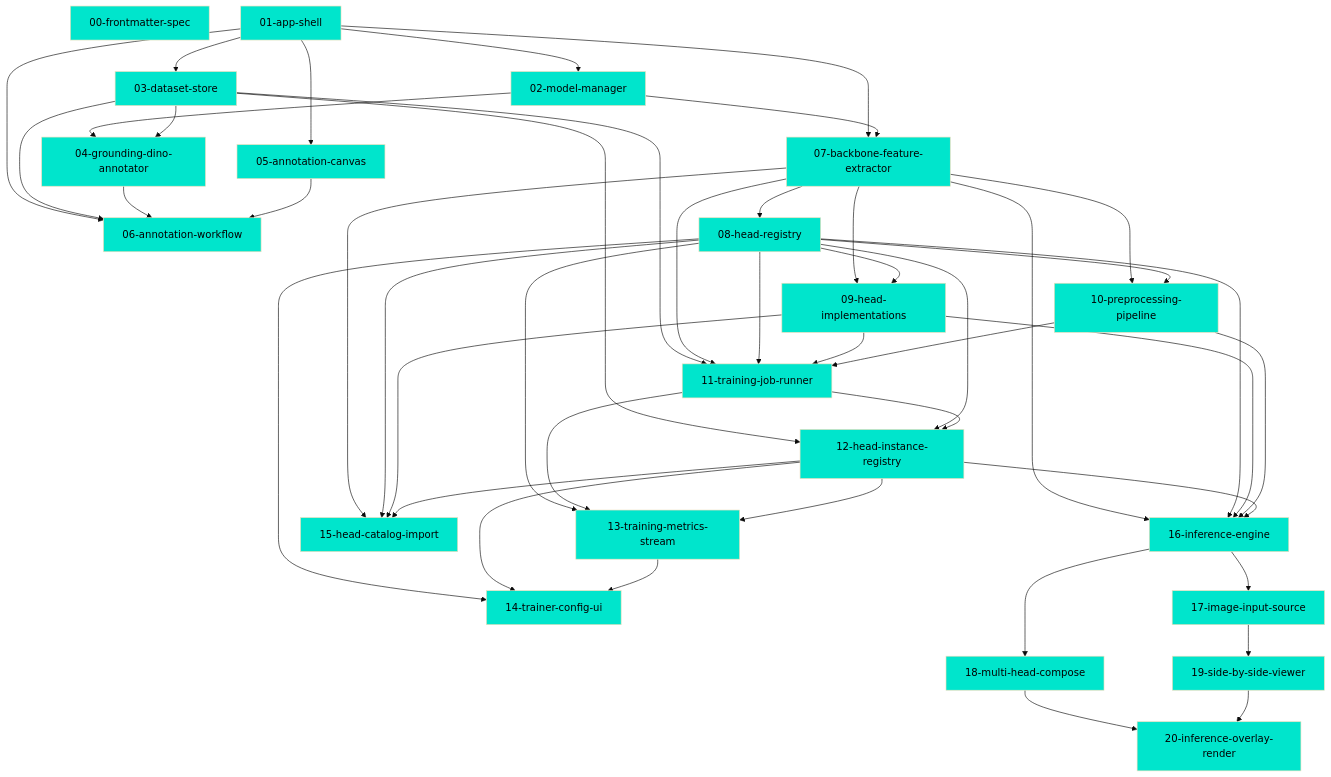
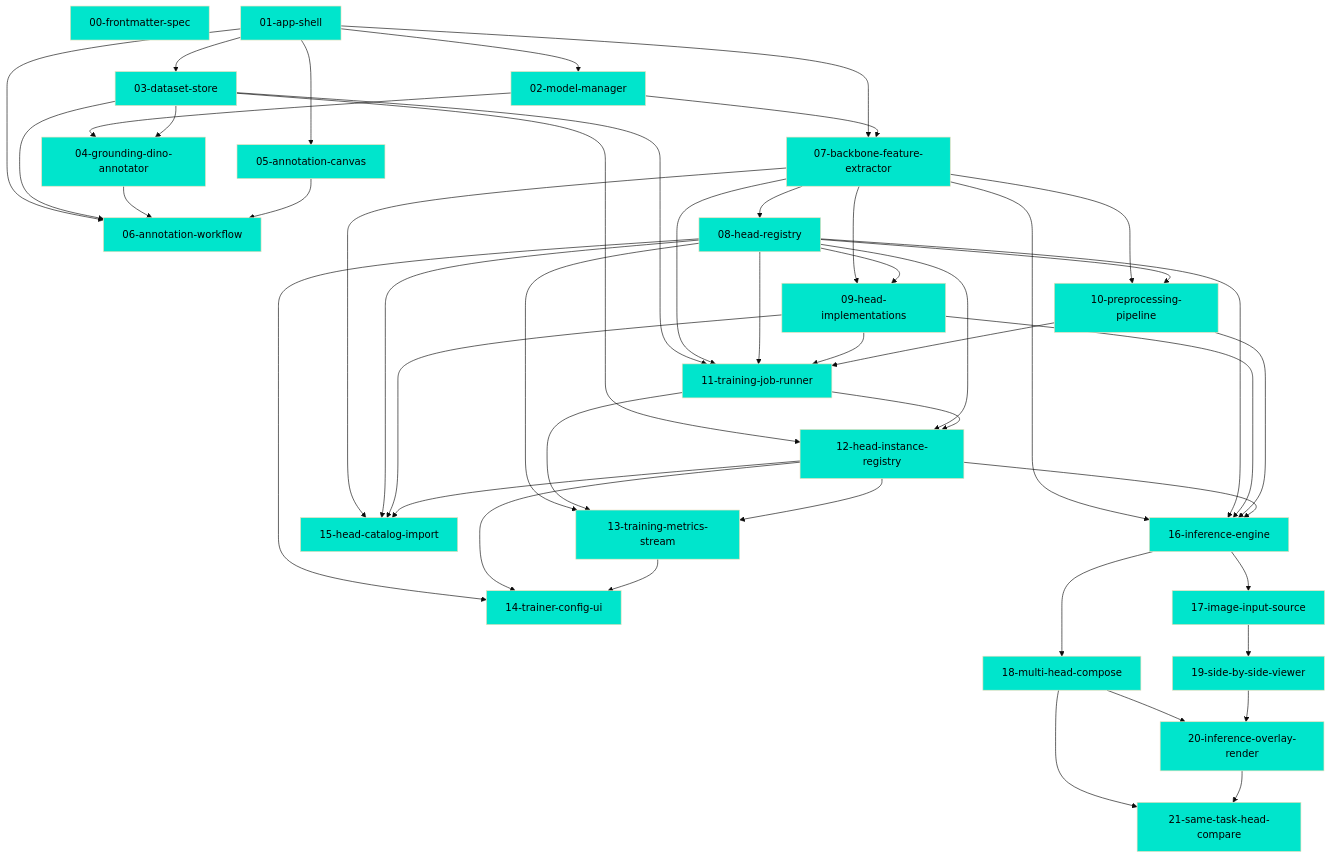
Before and after one commit to JanderHungrige/DinoTraining: the diagram in .mdd/connections.md, drawn with Mermaid (base theme). The commit also changed other lines of this file and 12 other files, not shown here.

````diff
--- a/.mdd/connections.md
+++ b/.mdd/connections.md
@@ -54,72 +56,75 @@
 ```mermaid
 graph TD
     D00["00-frontmatter-spec"]:::complete
     D01["01-app-shell"]:::complete
     D02["02-model-manager"]:::complete
     D03["03-dataset-store"]:::complete
     D04["04-grounding-dino-annotator"]:::complete
     D05["05-annotation-canvas"]:::complete
     D06["06-annotation-workflow"]:::complete
     D07["07-backbone-feature-extractor"]:::complete
     D08["08-head-registry"]:::complete
     D09["09-head-implementations"]:::complete
     D10["10-preprocessing-pipeline"]:::complete
     D11["11-training-job-runner"]:::complete
     D12["12-head-instance-registry"]:::complete
     D13["13-training-metrics-stream"]:::complete
     D14["14-trainer-config-ui"]:::complete
     D15["15-head-catalog-import"]:::complete
     D16["16-inference-engine"]:::complete
     D17["17-image-input-source"]:::complete
     D18["18-multi-head-compose"]:::complete
     D19["19-side-by-side-viewer"]:::complete
     D20["20-inference-overlay-render"]:::complete
+    D21["21-same-task-head-compare"]:::complete
     D01 --> D02
     D01 --> D03
     D02 --> D04
     D03 --> D04
     D01 --> D05
     D01 --> D06
     D03 --> D06
     D04 --> D06
     D05 --> D06
     D01 --> D07
     D02 --> D07
     D07 --> D08
     D07 --> D09
     D08 --> D09
     D07 --> D10
     D08 --> D10
     D03 --> D11
     D07 --> D11
     D08 --> D11
     D09 --> D11
     D10 --> D11
     D03 --> D12
     D08 --> D12
     D11 --> D12
     D08 --> D13
     D11 --> D13
     D12 --> D13
     D08 --> D14
     D12 --> D14
     D13 --> D14
     D07 --> D15
     D08 --> D15
     D09 --> D15
     D12 --> D15
     D07 --> D16
     D08 --> D16
     D09 --> D16
     D10 --> D16
     D12 --> D16
     D16 --> D17
     D16 --> D18
     D17 --> D19
     D18 --> D20
     D19 --> D20
+    D18 --> D21
+    D20 --> D21
     classDef complete fill:#00e5cc,color:#000
     classDef in_progress fill:#ffaa00,color:#000
     classDef draft fill:#888,color:#fff
     classDef deprecated fill:#555,color:#aaa
 ```
````
